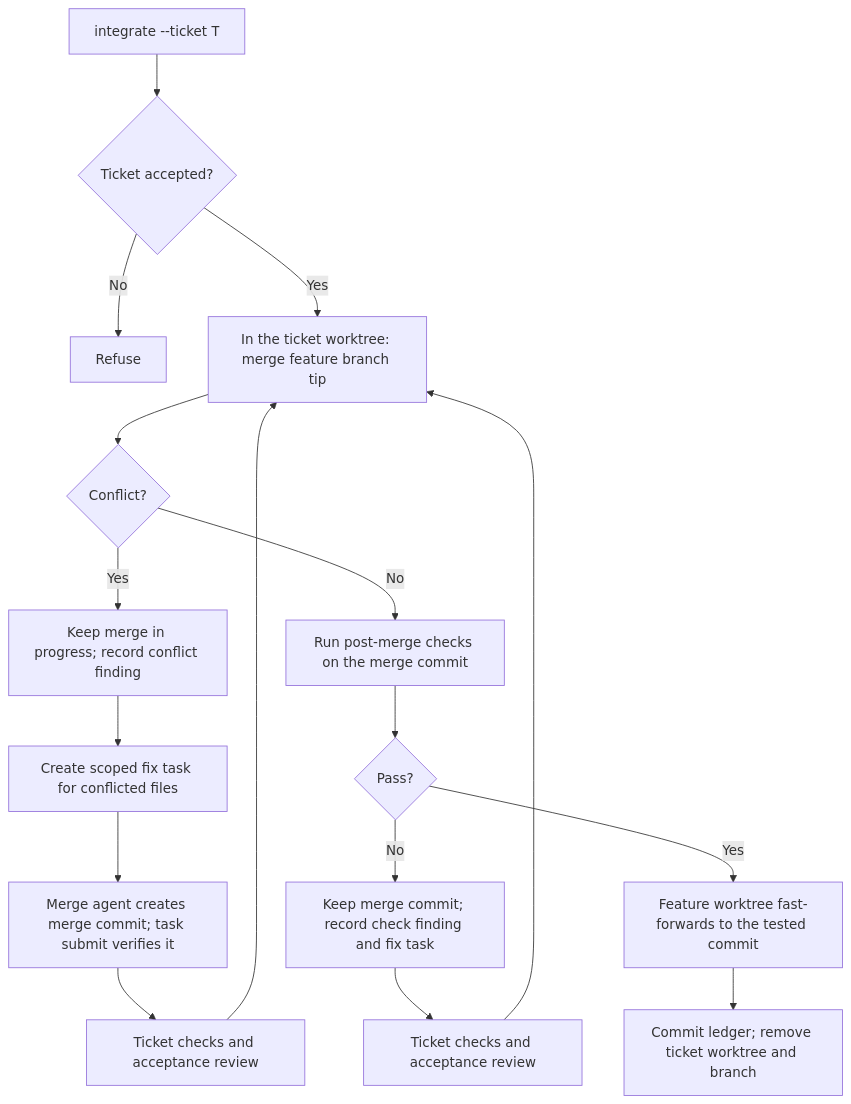
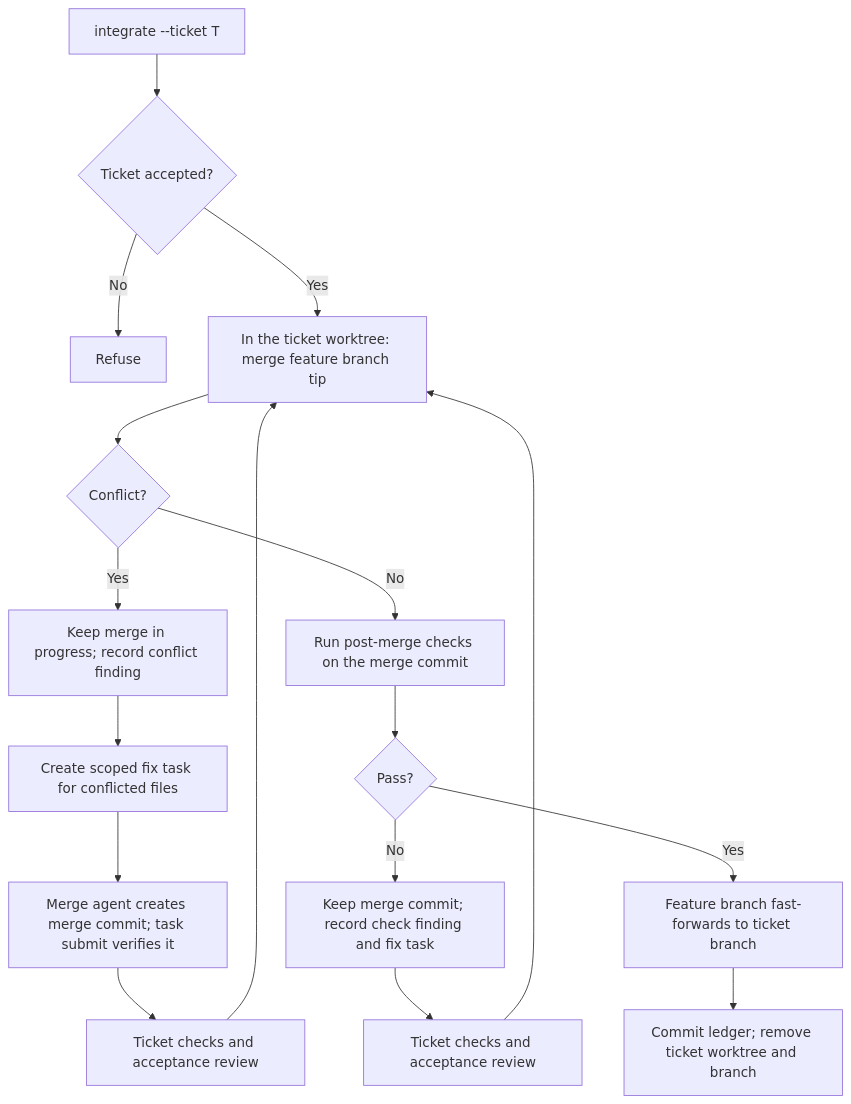
One commit to UseTheFork/spindle changed the sixth of 7 diagrams in SDD-WORKFLOWS.md. Above: the diagram before and after it, drawn with Mermaid. The commit also changed other lines of this file, not shown here.

````diff
--- a/SDD-WORKFLOWS.md
+++ b/SDD-WORKFLOWS.md
@@ -393,19 +391,19 @@
 ```mermaid
 flowchart TD
     A["integrate --ticket T"] --> B{"Ticket accepted?"}
     B -->|"No"| Z["Refuse"]
     B -->|"Yes"| C["In the ticket worktree: merge feature branch tip"]
     C --> D{"Conflict?"}
     D -->|"Yes"| E["Keep merge in progress; record conflict finding"]
     E --> F["Create scoped fix task for conflicted files"]
     F --> G["Merge agent creates merge commit; task submit verifies it"]
     G --> H["Ticket checks and acceptance review"]
     H --> C
     D -->|"No"| I["Run post-merge checks on the merge commit"]
     I --> J{"Pass?"}
     J -->|"No"| K["Keep merge commit; record check finding and fix task"]
     K --> L["Ticket checks and acceptance review"]
     L --> C
-    J -->|"Yes"| M["Feature worktree fast-forwards to the tested commit"]
+    J -->|"Yes"| M["Feature branch fast-forwards to ticket branch"]
     M --> N["Commit ledger; remove ticket worktree and branch"]
 ```
````
